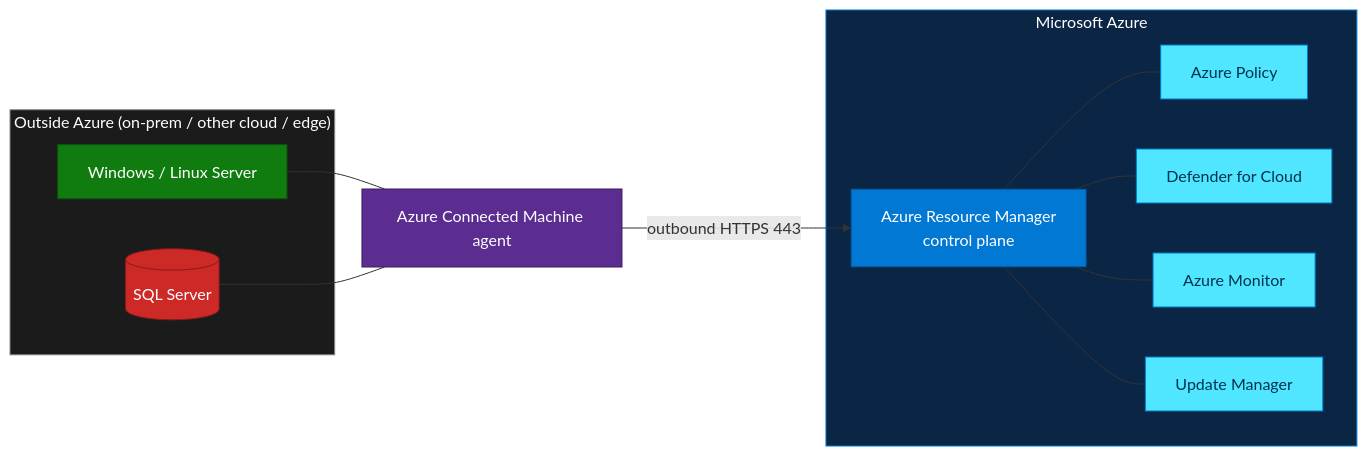
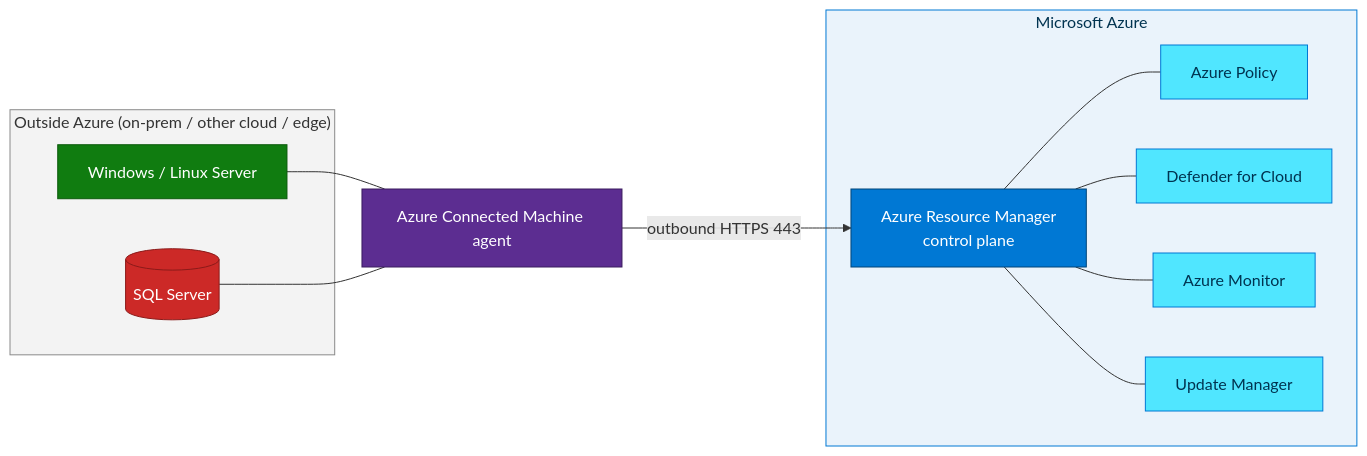
One commit to ibranibeny/azure-arc-workshop changed the diagram in index.md. Above: the diagram before and after it, drawn with Mermaid. The commit also changed other lines of this file and 13 other files, not shown here.

Commit message:
Reformat site to Minimal Mistakes theme (MCS-labs style): labs collection, lab layout with level/duration/path header + prev/next, notices, splash landing, mermaid init

````diff
--- a/index.md
+++ b/index.md
@@ -59,35 +59,34 @@
 ```mermaid
 %% Colored per the mermaid-diagrams skill (classDef + subgraph style)
 flowchart LR
     subgraph Outside["Outside Azure (on-prem / other cloud / edge)"]
         S[Windows / Linux Server]
         Q[(SQL Server)]
     end
     A[Azure Connected Machine agent] -->|outbound HTTPS 443| ARM
     S --- A
     Q --- A
     subgraph Azure["Microsoft Azure"]
         ARM[Azure Resource Manager<br/>control plane]
         POL[Azure Policy]
         DEF[Defender for Cloud]
         MON[Azure Monitor]
         UPD[Update Manager]
         ARM --- POL & DEF & MON & UPD
     end
 
-    %% Color palette
     classDef server fill:#107C10,stroke:#0B5A0B,color:#ffffff;
     classDef sql fill:#CC2927,stroke:#8B1A19,color:#ffffff;
     classDef agent fill:#5C2D91,stroke:#3B1C5E,color:#ffffff;
     classDef arm fill:#0078D4,stroke:#004578,color:#ffffff;
     classDef svc fill:#50E6FF,stroke:#0078D4,color:#003350;
 
     class S server
     class Q sql
     class A agent
     class ARM arm
     class POL,DEF,MON,UPD svc
 
-    style Outside fill:#1b1b1b,stroke:#8A8A8A,color:#ffffff
-    style Azure fill:#0b2545,stroke:#0078D4,color:#ffffff
+    style Outside fill:#f3f3f3,stroke:#8A8A8A,color:#333333
+    style Azure fill:#eaf3fb,stroke:#0078D4,color:#003350
 ```
````
